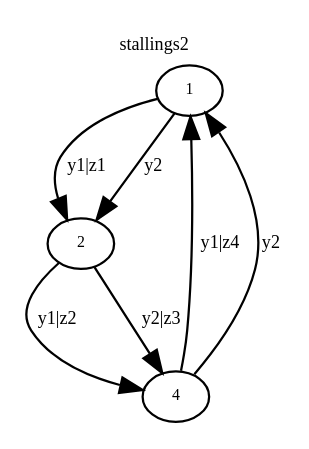
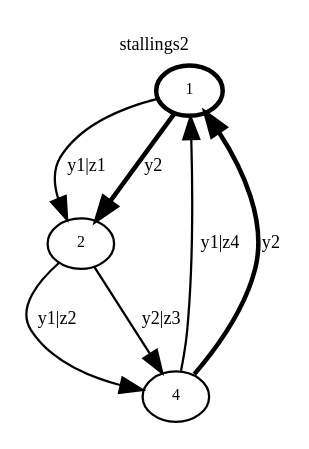
The diagram in python/genfold/cex_checked/stallings2.gv (AndrewDuncan/Doublecoset), drawn with Graphviz before and after one commit. The commit also changed 6 other files, not shown here.

```diff
--- a/python/genfold/cex_checked/stallings2.gv
+++ b/python/genfold/cex_checked/stallings2.gv
@@ -1,10 +1,10 @@
 digraph stallings2 {
-"H2v1" [label="1",fontsize=7,width=.01,height=.01];
+"H2v1" [label="1",fontsize=7,width=.01,height=.01,style="bold"];
 "H2v1" -> "H2v2" [label="y1|z1",fontsize=8];
-"H2v1" -> "H2v2" [label="y2",fontsize=8];
+"H2v1" -> "H2v2" [label="y2",fontsize=8,style="bold"];
 "H2v2" [label="2",fontsize=7,width=.01,height=.01];
 "H2v2" -> "H2v4" [label="y1|z2",fontsize=8];
 "H2v2" -> "H2v4" [label="y2|z3",fontsize=8];
 "H2v4" [label="4",fontsize=7,width=.01,height=.01];
 "H2v4" -> "H2v1" [label="y1|z4",fontsize=8];
-"H2v4" -> "H2v1" [label="y2",fontsize=8];labelloc="t";fontsize=8;label= "stallings2" ;}
+"H2v4" -> "H2v1" [label="y2",fontsize=8,style="bold"];labelloc="t";fontsize=8;label= "stallings2" ;}
```
